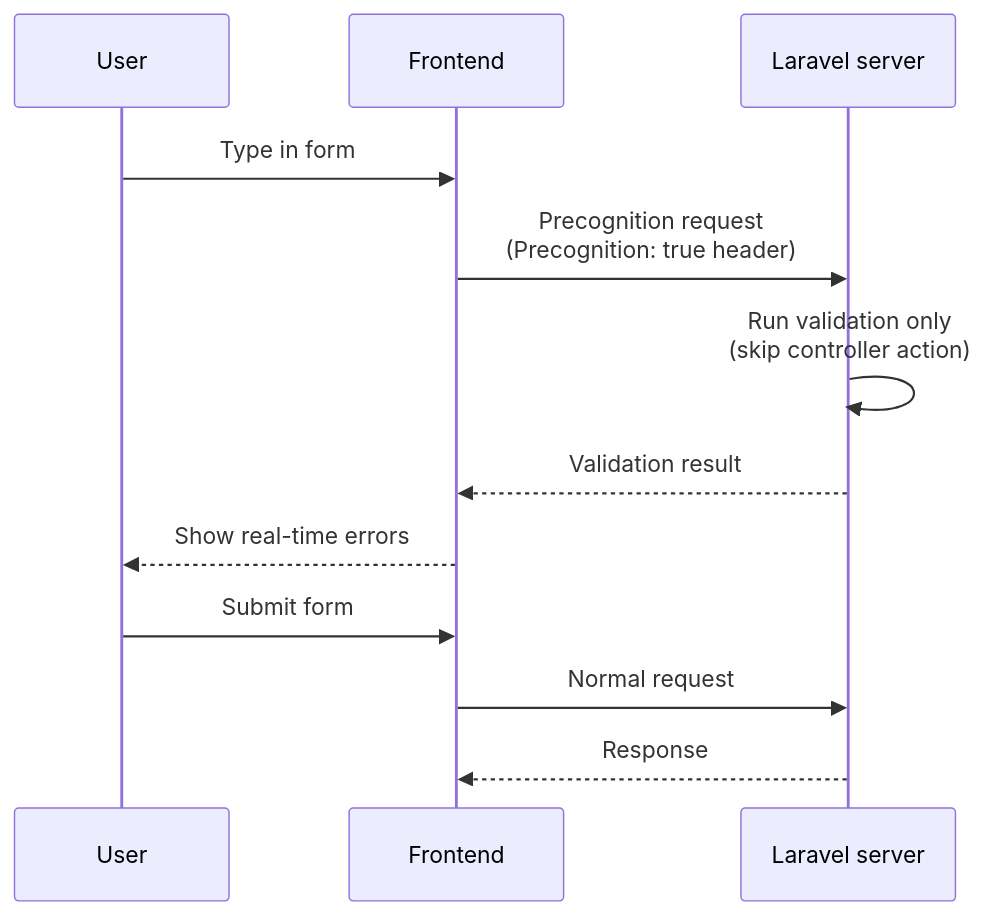
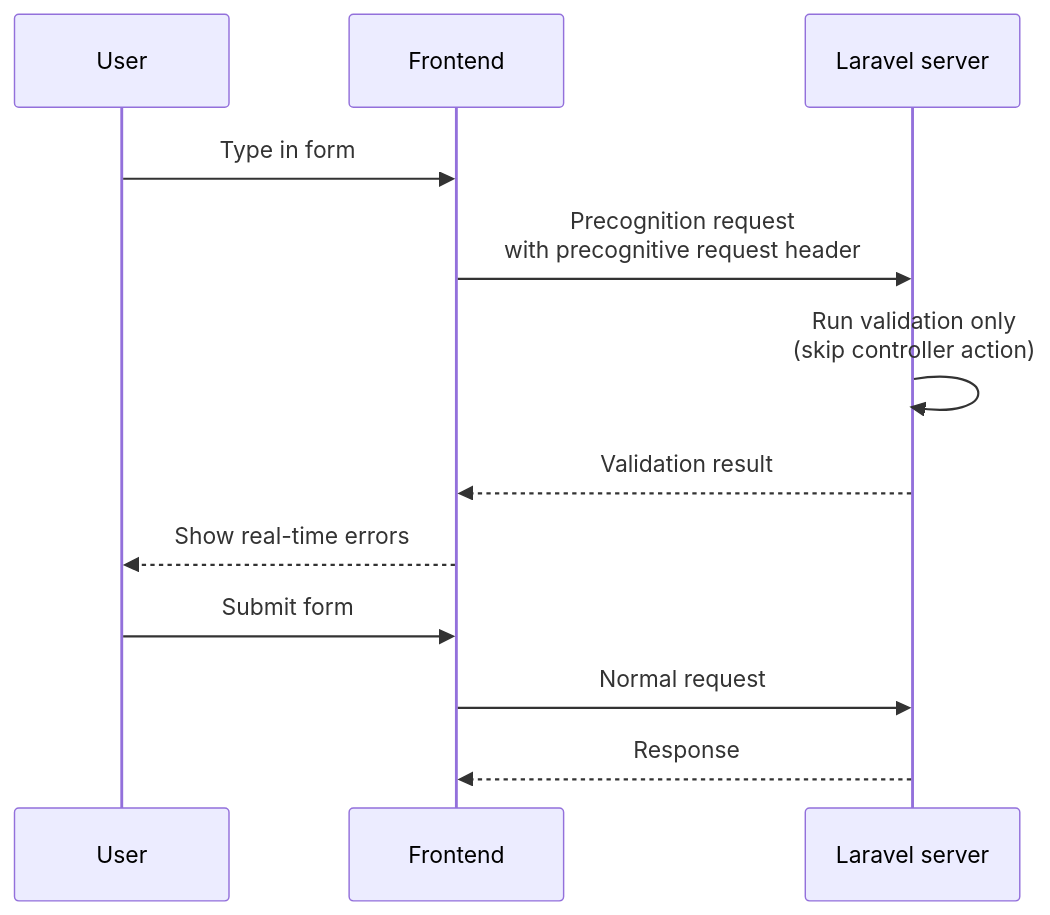
One commit to kawax/mintlify-docs changed the diagram in en/precognition.mdx. Above: the diagram before and after it, drawn with Mermaid. The commit also changed other lines of this file, not shown here.

First line of the commit message:
docs: refine English precognition wording

````diff
--- a/en/precognition.mdx
+++ b/en/precognition.mdx
@@ -185,15 +185,15 @@
 ```mermaid
 sequenceDiagram
     participant User
     participant Frontend
     participant Server as Laravel server
 
     User->>Frontend: Type in form
-    Frontend->>Server: Precognition request<br>(Precognition: true header)
+    Frontend->>Server: Precognition request<br>with precognitive request header
     Server->>Server: Run validation only<br>(skip controller action)
     Server-->>Frontend: Validation result
     Frontend-->>User: Show real-time errors
     User->>Frontend: Submit form
     Frontend->>Server: Normal request
     Server-->>Frontend: Response
 ```
````
